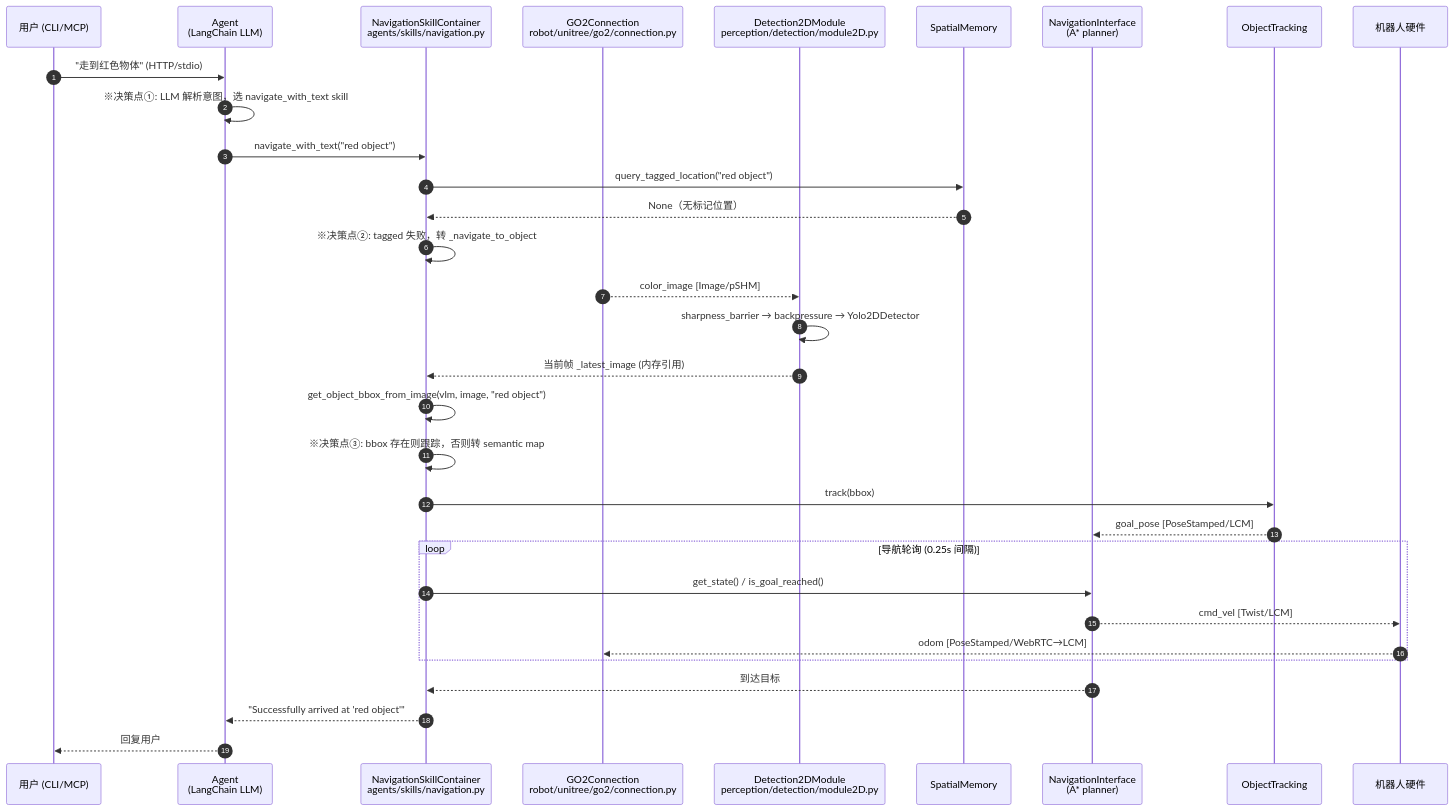
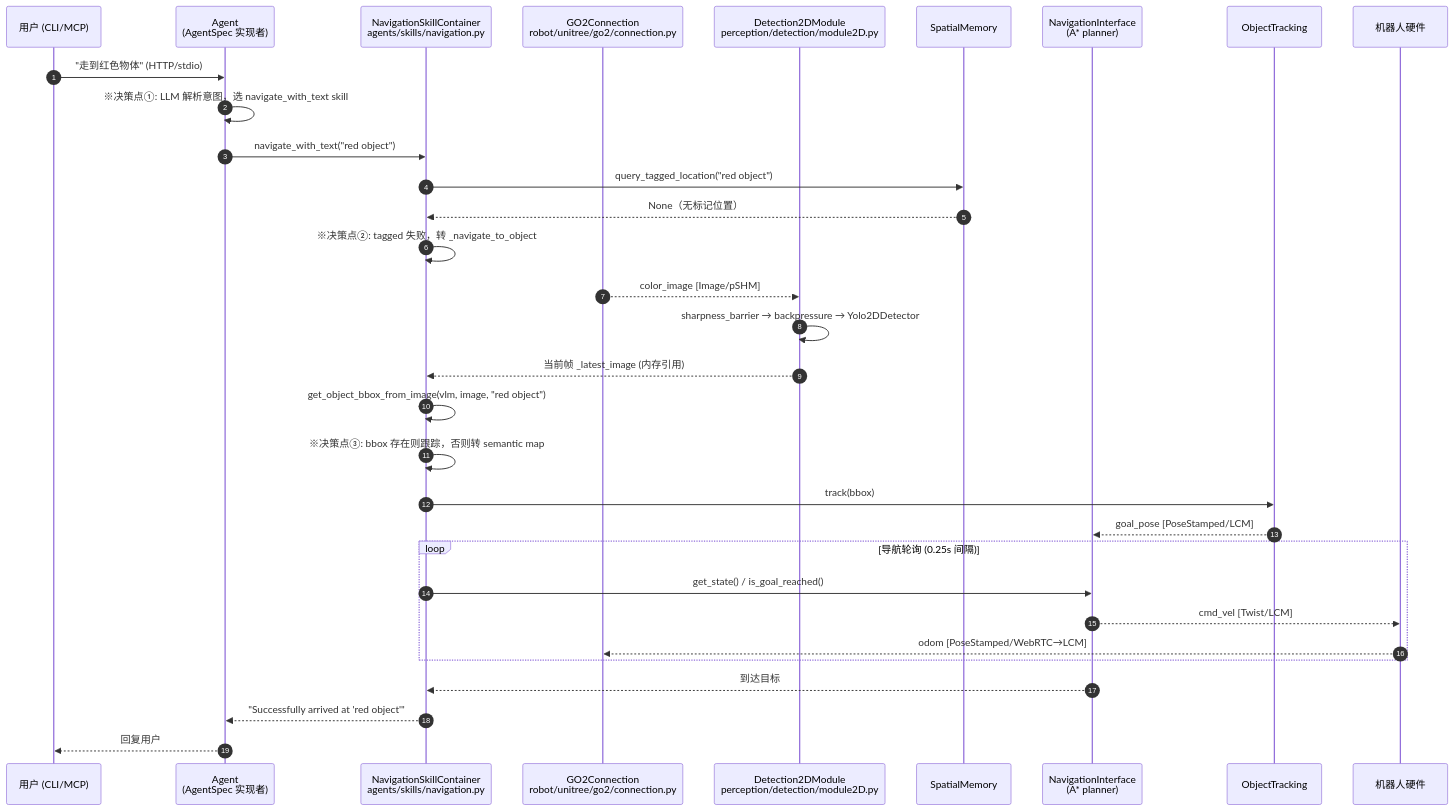
Before and after one commit to cpy1990/dimos: the first of 3 diagrams in docs/architecture/data-flow.md, drawn with Mermaid. The commit also changed other lines of this file and 1 other file, not shown here.

Commit message:
docs(architecture): task H hotfix — stale claims + go2 path prefix

````diff
--- a/docs/architecture/data-flow.md
+++ b/docs/architecture/data-flow.md
@@ -21,40 +21,40 @@
 ```mermaid
 sequenceDiagram
   autonumber
   participant U as 用户 (CLI/MCP)
-  participant A as Agent<br/>(LangChain LLM)
+  participant A as Agent<br/>(AgentSpec 实现者)
   participant NS as NavigationSkillContainer<br/>agents/skills/navigation.py
   participant GO2 as GO2Connection<br/>robot/unitree/go2/connection.py
   participant D2D as Detection2DModule<br/>perception/detection/module2D.py
   participant SM as SpatialMemory
   participant NI as NavigationInterface<br/>(A* planner)
   participant OT as ObjectTracking
   participant R as 机器人硬件
 
   U->>A: "走到红色物体" (HTTP/stdio)
   A->>A: ※决策点①: LLM 解析意图，选 navigate_with_text skill
   A->>NS: navigate_with_text("red object")
 
   NS->>SM: query_tagged_location("red object")
   SM-->>NS: None（无标记位置）
   NS->>NS: ※决策点②: tagged 失败，转 _navigate_to_object
 
   GO2-->>D2D: color_image [Image/pSHM]
   D2D->>D2D: sharpness_barrier → backpressure → Yolo2DDetector
   D2D-->>NS: 当前帧 _latest_image (内存引用)
 
   NS->>NS: get_object_bbox_from_image(vlm, image, "red object")
   NS->>NS: ※决策点③: bbox 存在则跟踪，否则转 semantic map
   NS->>OT: track(bbox)
   OT-->>NI: goal_pose [PoseStamped/LCM]
 
   loop 导航轮询 (0.25s 间隔)
     NS->>NI: get_state() / is_goal_reached()
     NI-->>R: cmd_vel [Twist/LCM]
     R-->>GO2: odom [PoseStamped/WebRTC→LCM]
   end
 
   NI-->>NS: 到达目标
   NS-->>A: "Successfully arrived at 'red object'"
   A-->>U: 回复用户
 ```
````
